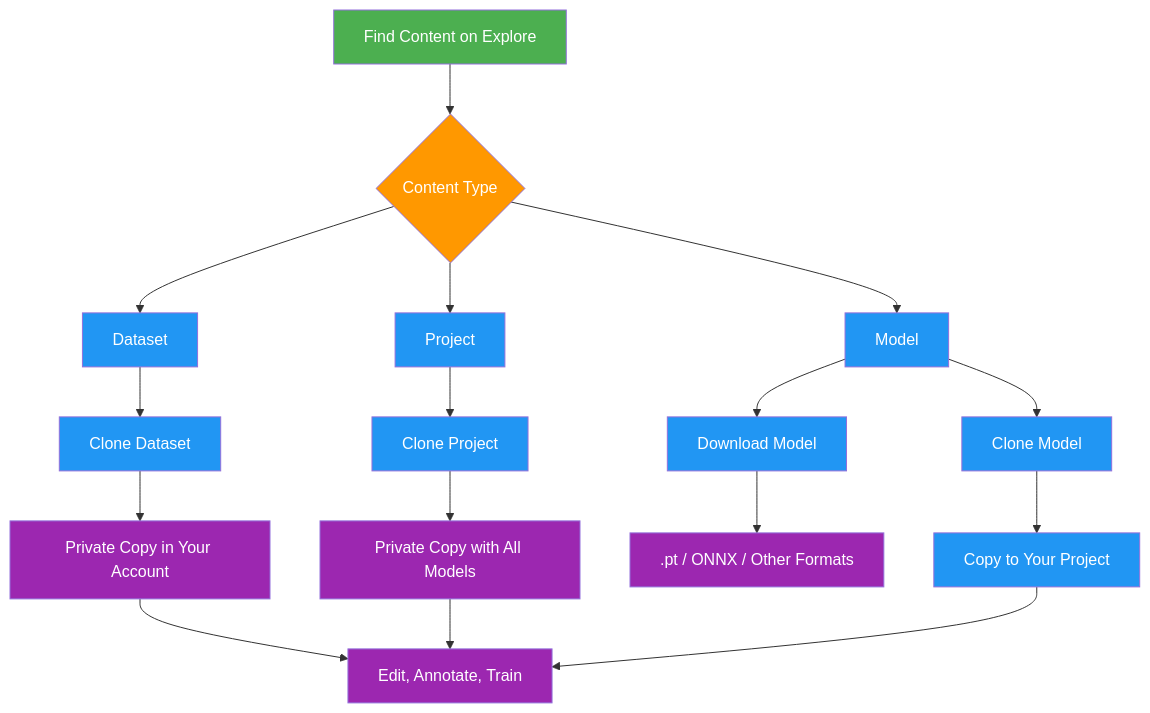
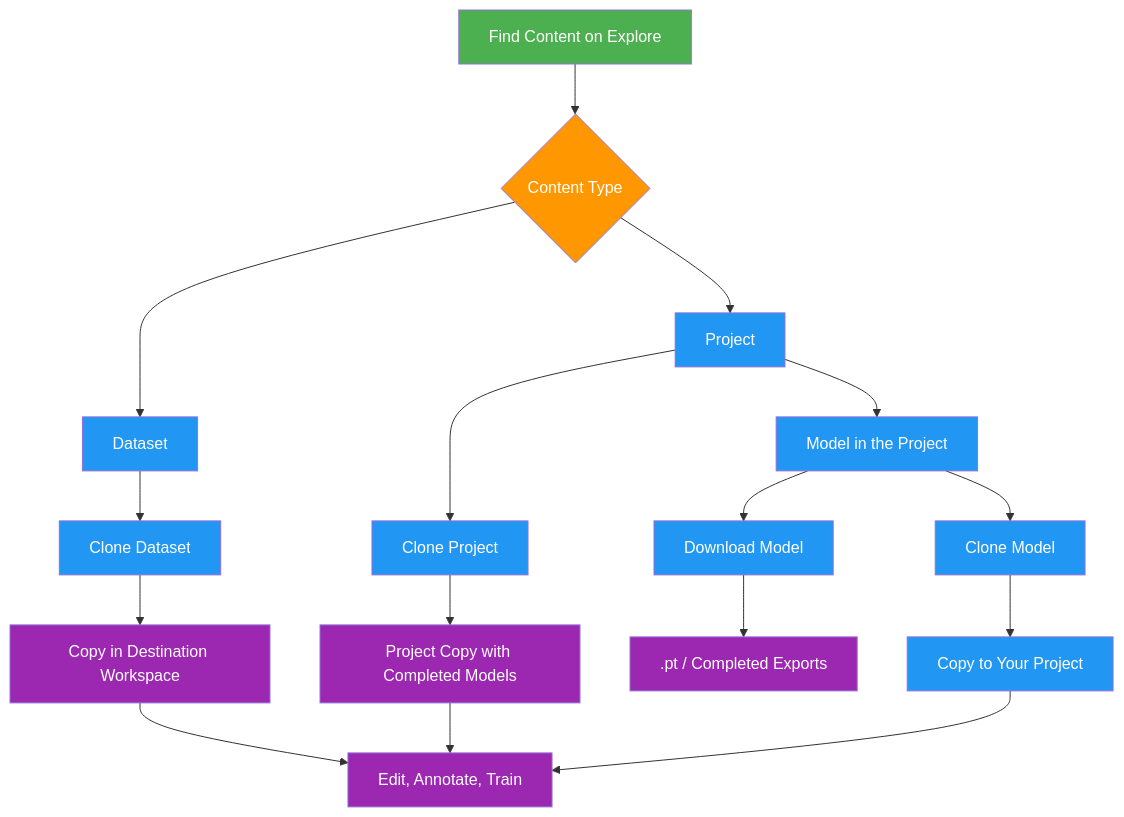
The second of 3 diagrams in orddc2024/predictors/yolo26/docs/en/platform/explore.md (himanshunaidu/orddc2024_yolo_sidewalk), drawn with Mermaid before and after one commit. The commit also changed other lines of this file and 538 other files, not shown here.

````diff
--- a/orddc2024/predictors/yolo26/docs/en/platform/explore.md
+++ b/orddc2024/predictors/yolo26/docs/en/platform/explore.md
@@ -107,23 +141,23 @@
 ```mermaid
 graph TD
     A[Find Content on Explore]:::start --> B{Content Type}:::decide
     B --> C[Dataset]:::proc
     B --> D[Project]:::proc
-    B --> E[Model]:::proc
+    D --> E[Model in the Project]:::proc
     C --> F[Clone Dataset]:::proc
     D --> G[Clone Project]:::proc
     E --> H[Download Model]:::proc
     E --> I[Clone Model]:::proc
-    F --> J[Private Copy in Your Account]:::out
-    G --> K[Private Copy with All Models]:::out
-    H --> L[.pt / ONNX / Other Formats]:::out
+    F --> J[Copy in Destination Workspace]:::out
+    G --> K[Project Copy with Completed Models]:::out
+    H --> L[.pt / Completed Exports]:::out
     I --> M[Copy to Your Project]:::proc
     J --> N[Edit, Annotate, Train]:::out
     K --> N
     M --> N
 
     classDef start fill:#4CAF50,color:#fff
     classDef proc fill:#2196F3,color:#fff
     classDef decide fill:#FF9800,color:#fff
     classDef out fill:#9C27B0,color:#fff
 ```
````
